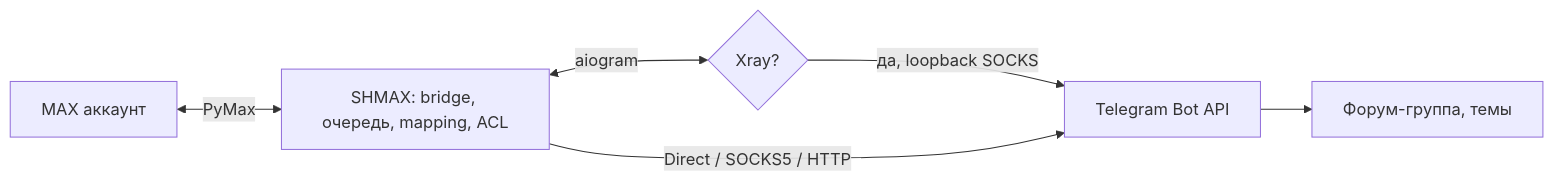
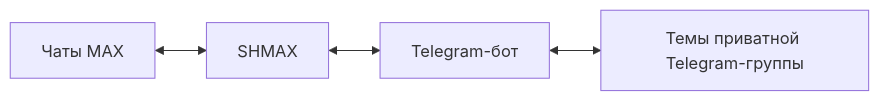
One commit to SHMAX-Project/SHMAX changed the diagram in README.md. Above: the diagram before and after it, drawn with Mermaid. The commit also changed other lines of this file and 7 other files, not shown here.

````diff
--- a/README.md
+++ b/README.md
@@ -81,8 +38,6 @@
 ```mermaid
 flowchart LR
-    MAX[MAX аккаунт] <-->|PyMax| CORE[SHMAX: bridge, очередь, mapping, ACL]
-    CORE <-->|aiogram| XRAY{Xray?}
-    XRAY -->|да, loopback SOCKS| TG[Telegram Bot API]
-    CORE -->|Direct / SOCKS5 / HTTP| TG
-    TG --> FORUM[Форум-группа, темы]
+    MAX[Чаты MAX] <--> SHMAX[SHMAX]
+    SHMAX <--> BOT[Telegram-бот]
+    BOT <--> FORUM[Темы приватной Telegram-группы]
 ```
````
